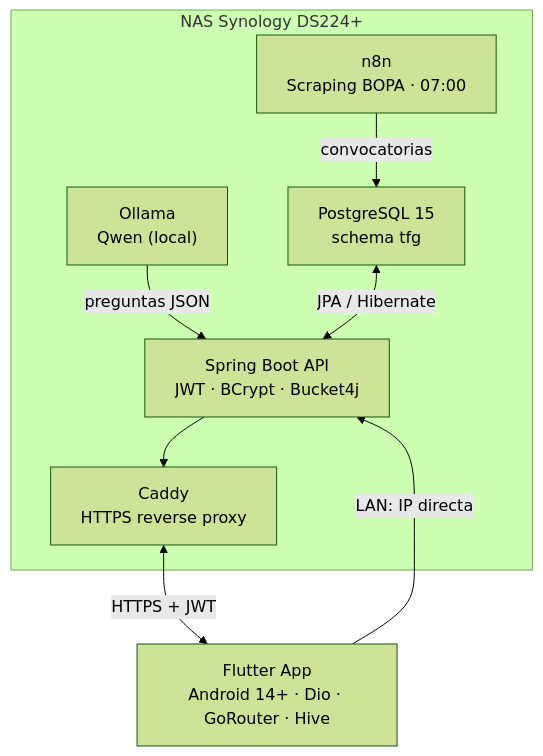
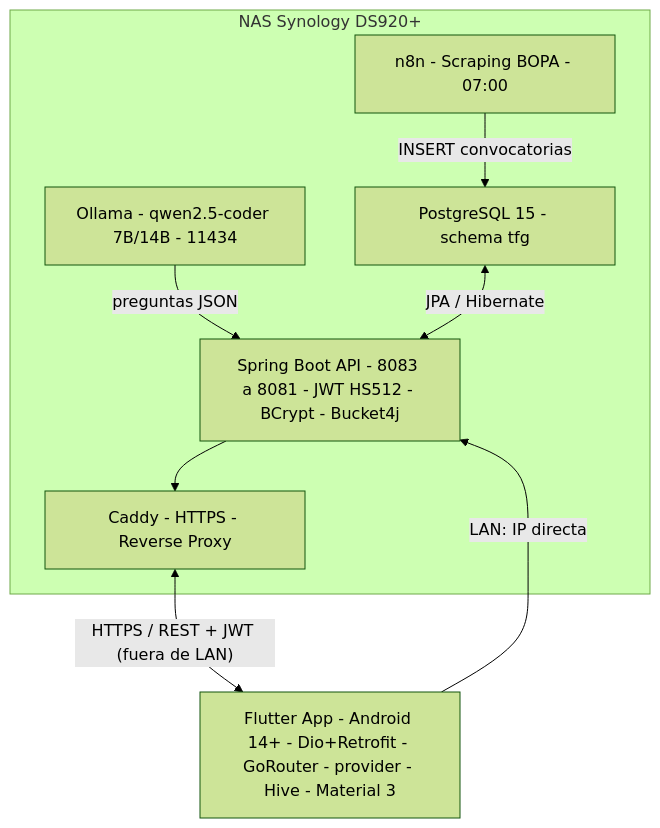
One commit to IvanjonasFC/OposApp changed the diagram in README.md. Above: the diagram before and after it, drawn with Mermaid (forest theme). The commit also changed other lines of this file, not shown here.

````diff
--- a/README.md
+++ b/README.md
@@ -51,20 +65,20 @@
 ```mermaid
 graph TD
-    subgraph NAS["NAS Synology DS224+"]
-        N8N["n8n<br/>Scraping BOPA · 07:00"]
-        PG["PostgreSQL 15<br/>schema tfg"]
-        OL["Ollama<br/>Qwen (local)"]
-        SB["Spring Boot API<br/>JWT · BCrypt · Bucket4j"]
-        CD["Caddy<br/>HTTPS reverse proxy"]
+    subgraph NAS ["NAS Synology DS920+"]
+        PG["PostgreSQL 15 - schema tfg"]
+        N8N["n8n - Scraping BOPA - 07:00"]
+        OL["Ollama - qwen2.5-coder 7B/14B - 11434"]
+        SB["Spring Boot API - 8083 a 8081 - JWT HS512 - BCrypt - Bucket4j"]
+        CD["Caddy - HTTPS - Reverse Proxy"]
 
-        N8N -->|convocatorias| PG
-        OL -->|preguntas JSON| SB
-        PG <-->|JPA / Hibernate| SB
+        N8N -->|"INSERT convocatorias"| PG
+        OL -->|"preguntas JSON"| SB
+        PG <-->|"JPA / Hibernate"| SB
         SB --> CD
     end
 
-    FL["Flutter App<br/>Android 14+ · Dio · GoRouter · Hive"]
+    FL["Flutter App - Android 14+ - Dio+Retrofit - GoRouter - provider - Hive - Material 3"]
 
-    FL -->|LAN: IP directa| SB
-    CD <-->|HTTPS + JWT| FL
+    FL -->|"LAN: IP directa"| SB
+    CD <-->|"HTTPS / REST + JWT (fuera de LAN)"| FL
 ```
````
